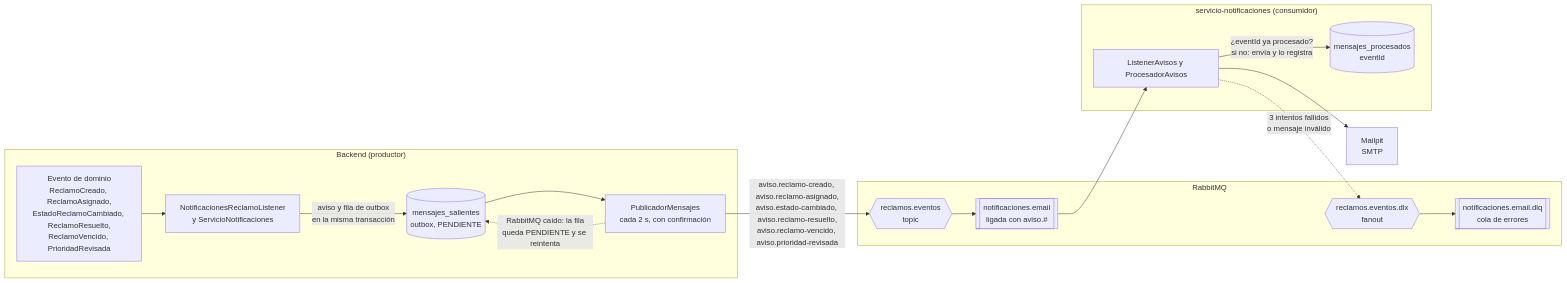
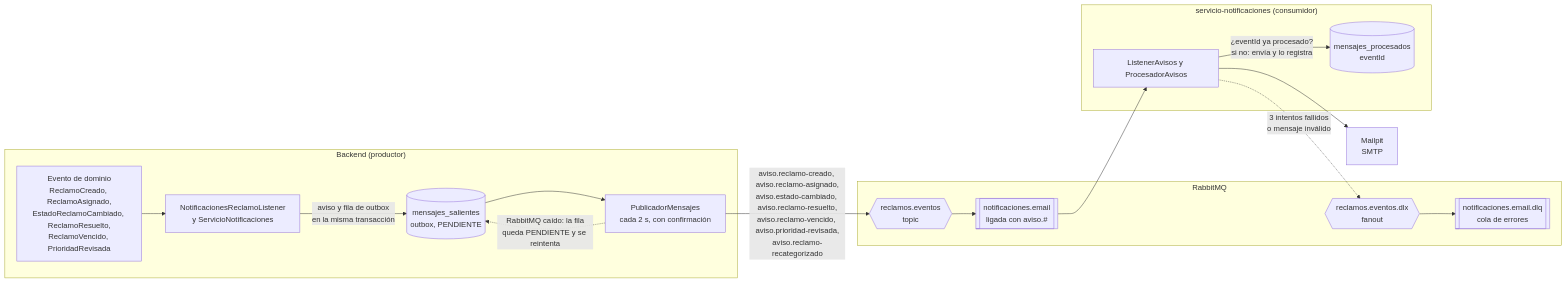
One commit to SanTegli/DesarrolloAppsIIGrupo10 changed the first of 3 diagrams in docs/contratos/mensajes.md. Above: the diagram before and after it, drawn with Mermaid. The commit also changed other lines of this file and 106 other files, not shown here.

````diff
--- a/docs/contratos/mensajes.md
+++ b/docs/contratos/mensajes.md
@@ -18,32 +18,32 @@
 ```mermaid
 flowchart LR
   subgraph BACK["Backend (productor)"]
     EV["Evento de dominio<br/>ReclamoCreado, ReclamoAsignado,<br/>EstadoReclamoCambiado, ReclamoResuelto,<br/>ReclamoVencido, PrioridadRevisada"]
     LIS["NotificacionesReclamoListener<br/>y ServicioNotificaciones"]
     OUT[("mensajes_salientes<br/>outbox, PENDIENTE")]
     PUB["PublicadorMensajes<br/>cada 2 s, con confirmación"]
   end
   subgraph MQ["RabbitMQ"]
     EX{{"reclamos.eventos<br/>topic"}}
     Q[["notificaciones.email<br/>ligada con aviso.#"]]
     DLX{{"reclamos.eventos.dlx<br/>fanout"}}
     DLQ[["notificaciones.email.dlq<br/>cola de errores"]]
   end
   subgraph NOT["servicio-notificaciones (consumidor)"]
     CON["ListenerAvisos y ProcesadorAvisos"]
     IDS[("mensajes_procesados<br/>eventId")]
   end
   MAIL["Mailpit<br/>SMTP"]
 
   EV --> LIS
   LIS -->|"aviso y fila de outbox<br/>en la misma transacción"| OUT
   OUT --> PUB
-  PUB -->|"aviso.reclamo-creado, aviso.reclamo-asignado,<br/>aviso.estado-cambiado, aviso.reclamo-resuelto,<br/>aviso.reclamo-vencido, aviso.prioridad-revisada"| EX
+  PUB -->|"aviso.reclamo-creado, aviso.reclamo-asignado,<br/>aviso.estado-cambiado, aviso.reclamo-resuelto,<br/>aviso.reclamo-vencido, aviso.prioridad-revisada,<br/>aviso.reclamo-recategorizado"| EX
   PUB -.->|"RabbitMQ caído: la fila<br/>queda PENDIENTE y se reintenta"| OUT
   EX --> Q
   Q --> CON
   CON -->|"¿eventId ya procesado?<br/>si no: envía y lo registra"| IDS
   CON --> MAIL
   CON -.->|"3 intentos fallidos<br/>o mensaje inválido"| DLX
   DLX --> DLQ
 ```
````
